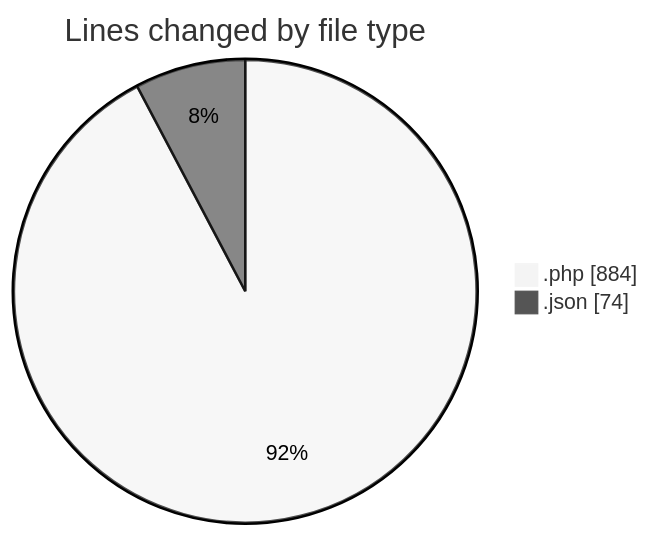
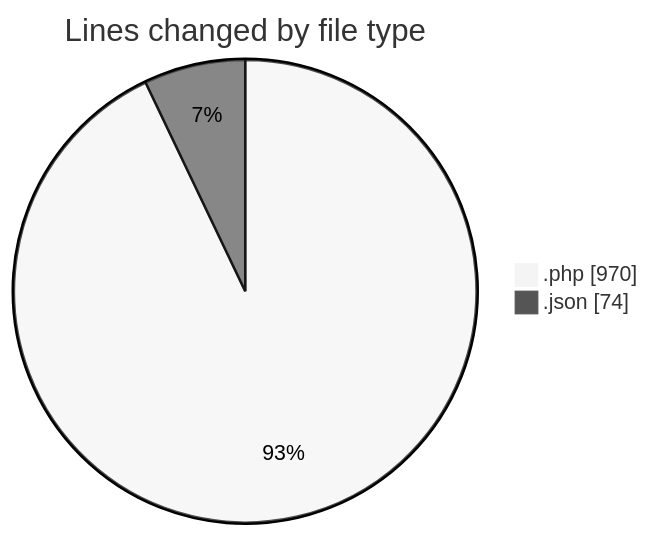
One commit to lephambinh05/code-tracking changed the first of 2 diagrams in 2025-08-19/quytuthien_vn/README.md. Above: the diagram before and after it, drawn with Mermaid (neutral theme). The commit also changed other lines of this file and 1 other file, not shown here.

````diff
--- a/2025-08-19/quytuthien_vn/README.md
+++ b/2025-08-19/quytuthien_vn/README.md
@@ -39,6 +42,6 @@
 ```mermaid
 pie showData
 title Lines changed by file type
-".php" : 884
+".php" : 970
 ".json" : 74
 ```
````
